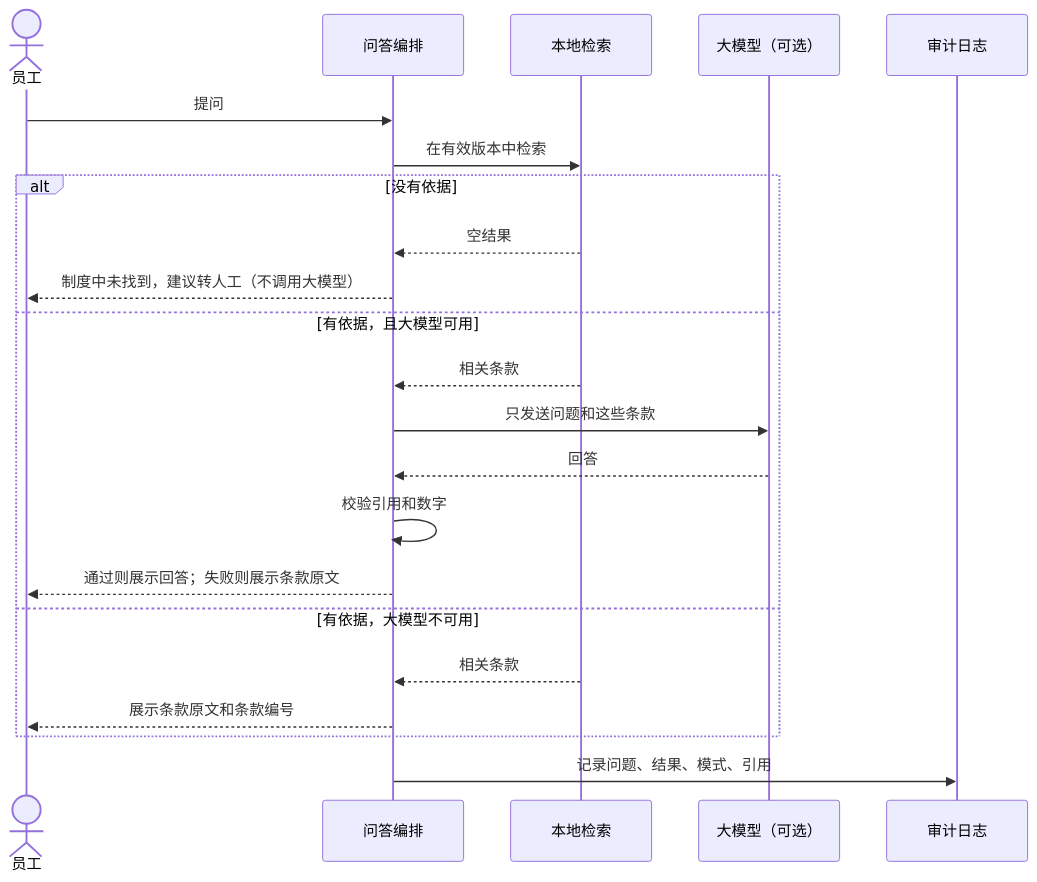
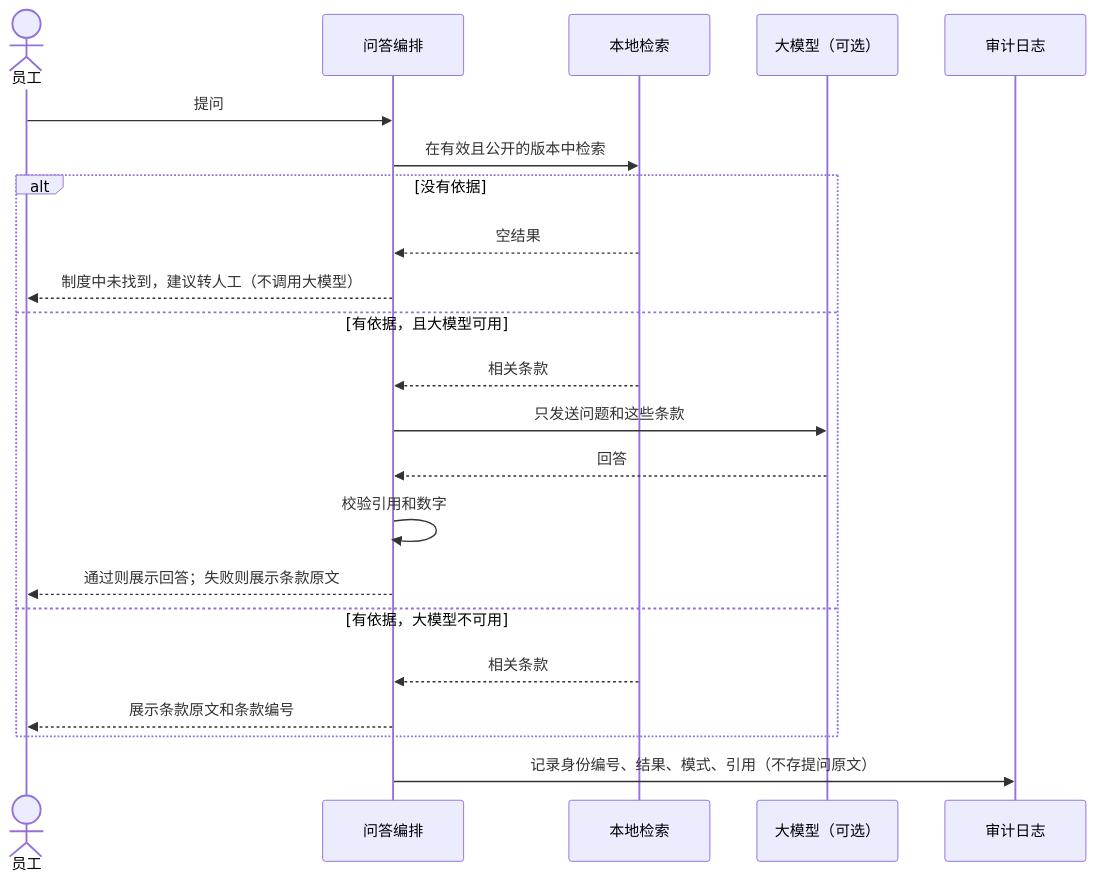
The second of 3 diagrams in docs/design.md (danielkater/qinhe-reimbursement-assistant), drawn with Mermaid before and after one commit. The commit also changed other lines of this file and 24 other files, not shown here.

````diff
--- a/docs/design.md
+++ b/docs/design.md
@@ -113,25 +116,25 @@
 ```mermaid
 sequenceDiagram
     actor U as 员工
     participant Q as 问答编排
     participant R as 本地检索
     participant L as 大模型（可选）
     participant A as 审计日志
 
     U->>Q: 提问
-    Q->>R: 在有效版本中检索
+    Q->>R: 在有效且公开的版本中检索
     alt 没有依据
         R-->>Q: 空结果
         Q-->>U: 制度中未找到，建议转人工（不调用大模型）
     else 有依据，且大模型可用
         R-->>Q: 相关条款
         Q->>L: 只发送问题和这些条款
         L-->>Q: 回答
         Q->>Q: 校验引用和数字
         Q-->>U: 通过则展示回答；失败则展示条款原文
     else 有依据，大模型不可用
         R-->>Q: 相关条款
         Q-->>U: 展示条款原文和条款编号
     end
-    Q->>A: 记录问题、结果、模式、引用
+    Q->>A: 记录身份编号、结果、模式、引用（不存提问原文）
 ```
````
